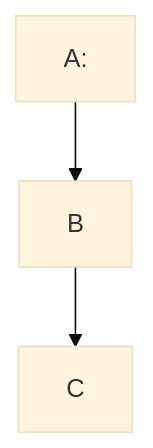
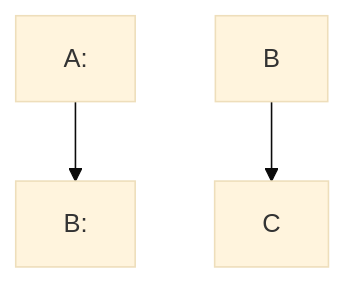
One commit to vheikkiniemi/FSO2024 changed the diagram in part0/New_note_diagram.md. Above: the diagram before and after it, drawn with Mermaid (base theme).

````diff
--- a/part0/New_note_diagram.md
+++ b/part0/New_note_diagram.md
@@ -52,5 +52,5 @@
 ```mermaid
 graph TD;
-    A: --> B;
+    A: --> B:;
     B --> C;
 ```
````
